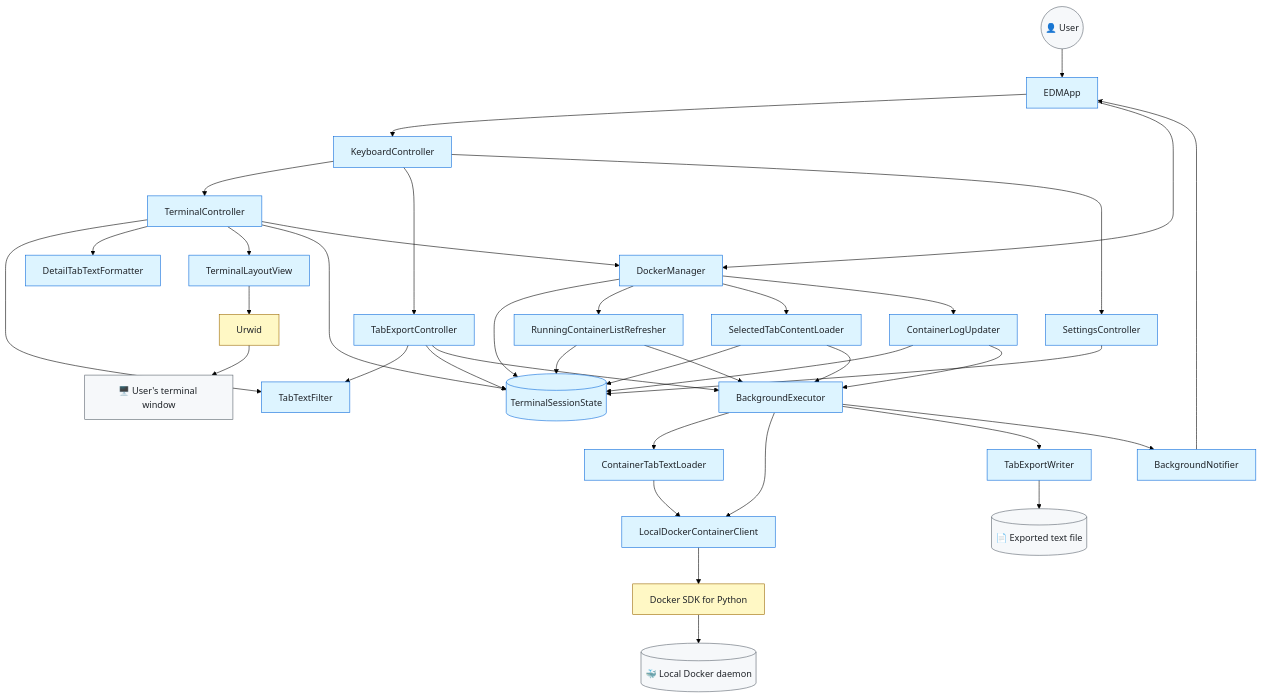
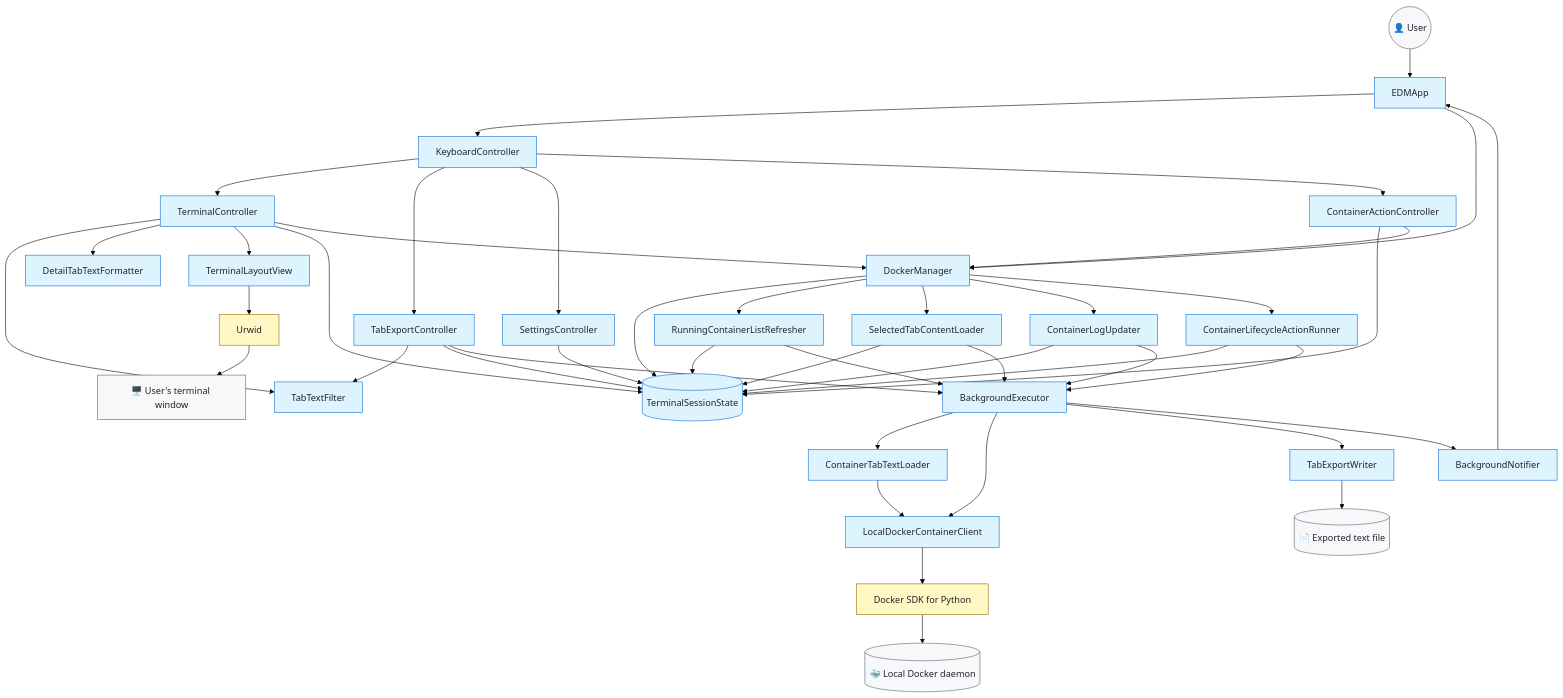
The first of 5 diagrams in DEVELOPMENT_GUIDE.md (arabnejad/edm), drawn with Mermaid (forest theme) before and after one commit. The commit also changed other lines of this file and 24 other files, not shown here.

````diff
--- a/DEVELOPMENT_GUIDE.md
+++ b/DEVELOPMENT_GUIDE.md
@@ -92,68 +98,76 @@
 ```mermaid
 flowchart TD
     User(("👤 User"))
     App[EDMApp]
     Keyboard[KeyboardController]
     UI[TerminalController]
     ExportController[TabExportController]
     SettingsController[SettingsController]
+    ActionController[ContainerActionController]
     State[(TerminalSessionState)]
     DockerManager[DockerManager]
     ContainerRefresh[RunningContainerListRefresher]
     TabLoad[SelectedTabContentLoader]
     LogUpdates[ContainerLogUpdater]
+    Lifecycle[ContainerLifecycleActionRunner]
     Executor[BackgroundExecutor]
     Notifier[BackgroundNotifier]
     Loader[ContainerTabTextLoader]
     Client[LocalDockerContainerClient]
     DockerSDK[Docker SDK for Python]
     Docker[(🐳 Local Docker daemon)]
     Filter[TabTextFilter]
     Formatter[DetailTabTextFormatter]
     Exporter[TabExportWriter]
     File[(📄 Exported text file)]
     View[TerminalLayoutView]
     Urwid[Urwid]
     Terminal[🖥️ User's terminal window]
 
     User --> App --> Keyboard
     Keyboard --> UI
     Keyboard --> ExportController
     Keyboard --> SettingsController
+    Keyboard --> ActionController
 
     UI --> Filter
     UI --> Formatter
     UI --> View --> Urwid --> Terminal
     UI --> State
     ExportController --> Filter
     ExportController --> State
     ExportController --> Executor
     SettingsController --> State
+    ActionController --> State
+    ActionController --> DockerManager
 
     App --> DockerManager
     UI --> DockerManager
     DockerManager --> State
     DockerManager --> ContainerRefresh
     DockerManager --> TabLoad
     DockerManager --> LogUpdates
+    DockerManager --> Lifecycle
     ContainerRefresh --> State
     ContainerRefresh --> Executor
     TabLoad --> State
     TabLoad --> Executor
     LogUpdates --> State
     LogUpdates --> Executor
+    Lifecycle --> State
+    Lifecycle --> Executor
     Executor --> Loader --> Client
     Executor --> Client
     Executor --> Exporter --> File
     Client --> DockerSDK --> Docker
 
     Executor --> Notifier --> App
 
     classDef edm fill:#ddf4ff,stroke:#0969da,color:#1f2328
     classDef thirdParty fill:#fff8c5,stroke:#9a6700,color:#1f2328
     classDef external fill:#f6f8fa,stroke:#57606a,color:#1f2328
 
-    class App,Keyboard,UI,ExportController,SettingsController,State,DockerManager,ContainerRefresh,TabLoad,LogUpdates,Executor,Notifier,Loader,Client,Filter,Formatter,Exporter,View edm
+    class App,Keyboard,UI,ExportController,SettingsController,ActionController,State,DockerManager,ContainerRefresh,TabLoad,LogUpdates,Lifecycle,Executor,Notifier,Loader,Client,Filter,Formatter,Exporter,View edm
     class DockerSDK,Urwid thirdParty
     class User,Docker,Terminal,File external
 ```
````
